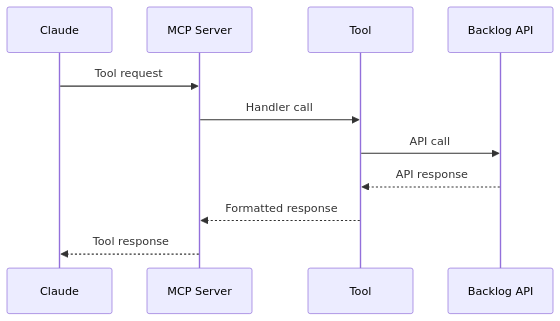
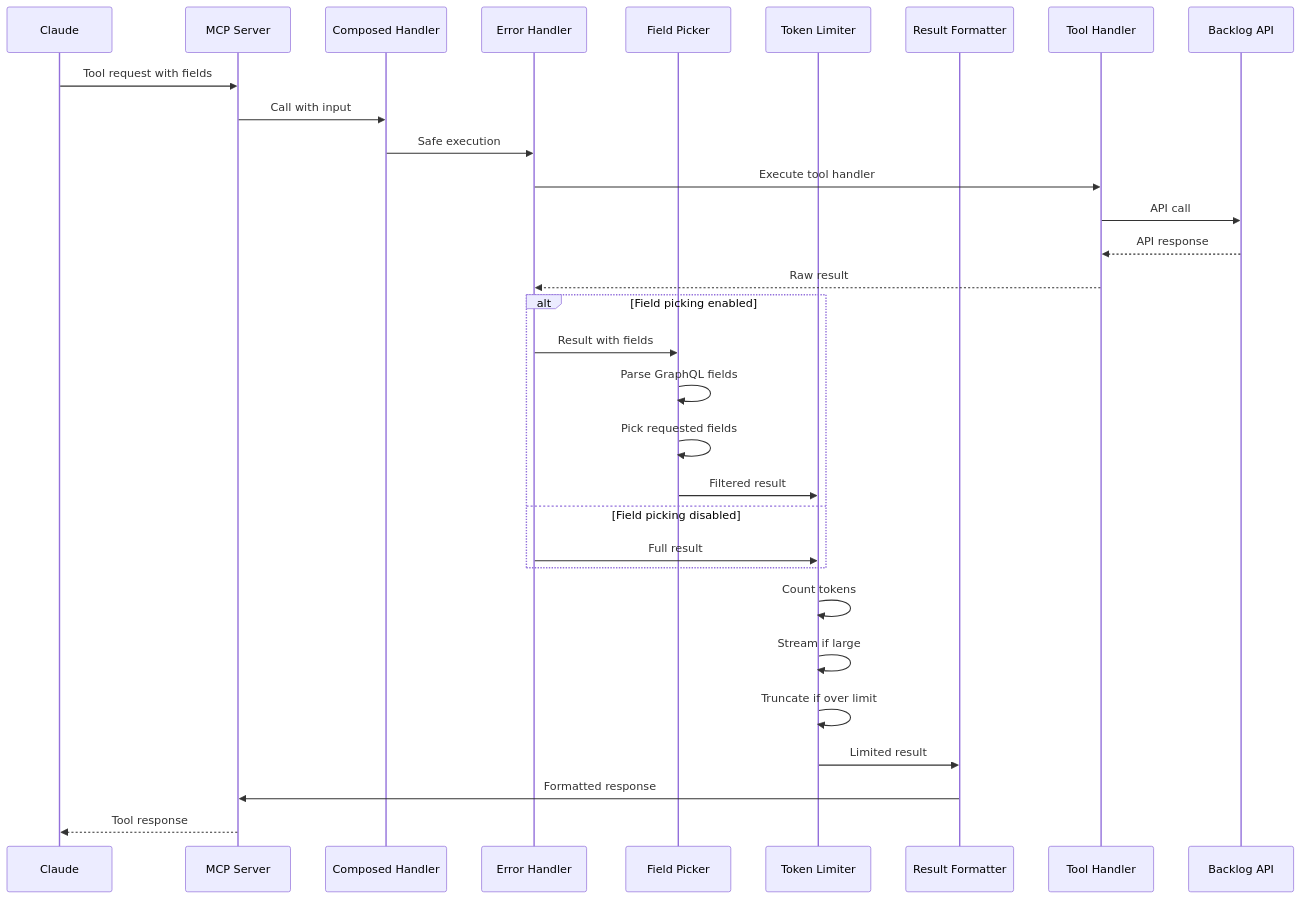
The third of 6 diagrams in memory-bank/systemPatterns.md (GridWorldOrganization/backlog-mcp-server), drawn with Mermaid before and after one commit. The commit also changed other lines of this file and 5 other files, not shown here.

First line of the commit message:
docs: add documentation for response optimization, field selection, and token limiting

````diff
--- a/memory-bank/systemPatterns.md
+++ b/memory-bank/systemPatterns.md
@@ -75,14 +88,34 @@
 ```mermaid
 sequenceDiagram
     participant Claude as Claude
     participant Server as MCP Server
-    participant Tool as Tool
+    participant Handler as Composed Handler
+    participant ErrorHandler as Error Handler
+    participant FieldPicker as Field Picker
+    participant TokenLimiter as Token Limiter
+    participant ResultFormatter as Result Formatter
+    participant Tool as Tool Handler
     participant Backlog as Backlog API
 
-    Claude->>Server: Tool request
-    Server->>Tool: Handler call
+    Claude->>Server: Tool request with fields
+    Server->>Handler: Call with input
+    Handler->>ErrorHandler: Safe execution
+    ErrorHandler->>Tool: Execute tool handler
     Tool->>Backlog: API call
     Backlog-->>Tool: API response
-    Tool-->>Server: Formatted response
+    Tool-->>ErrorHandler: Raw result
+    alt Field picking enabled
+        ErrorHandler->>FieldPicker: Result with fields
+        FieldPicker->>FieldPicker: Parse GraphQL fields
+        FieldPicker->>FieldPicker: Pick requested fields
+        FieldPicker->>TokenLimiter: Filtered result
+    else Field picking disabled
+        ErrorHandler->>TokenLimiter: Full result
+    end
+    TokenLimiter->>TokenLimiter: Count tokens
+    TokenLimiter->>TokenLimiter: Stream if large
+    TokenLimiter->>TokenLimiter: Truncate if over limit
+    TokenLimiter->>ResultFormatter: Limited result
+    ResultFormatter->>Server: Formatted response
     Server-->>Claude: Tool response
 ```
````
